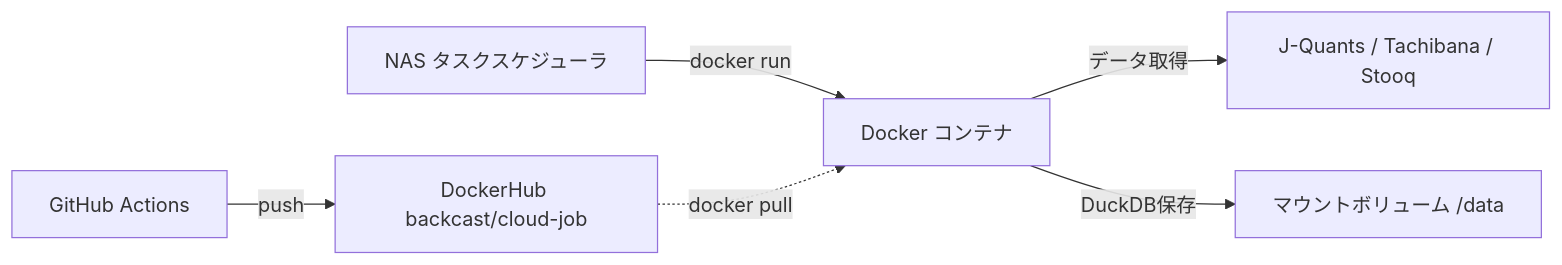
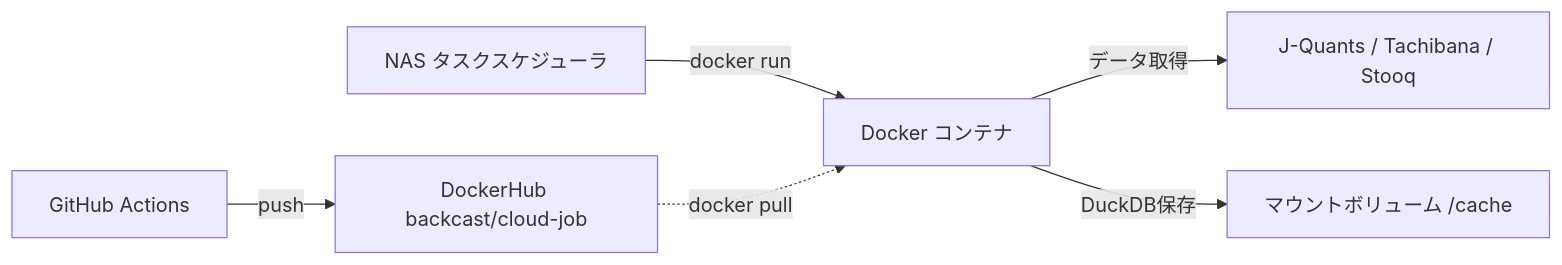
One commit to botterYosuke/BackcastPro changed the diagram in docs/cloud-run-updater.md. Above: the diagram before and after it, drawn with Mermaid. The commit also changed other lines of this file and 4 other files, not shown here.

````diff
--- a/docs/cloud-run-updater.md
+++ b/docs/cloud-run-updater.md
@@ -16,8 +16,8 @@
 ```mermaid
 graph LR
     G[GitHub Actions] -->|push| H[DockerHub backcast/cloud-job]
     A[NAS タスクスケジューラ] -->|docker run| B[Docker コンテナ]
     H -.->|docker pull| B
     B -->|データ取得| C[J-Quants / Tachibana / Stooq]
-    B -->|DuckDB保存| D[マウントボリューム /data]
+    B -->|DuckDB保存| D[マウントボリューム /cache]
 ```
````
